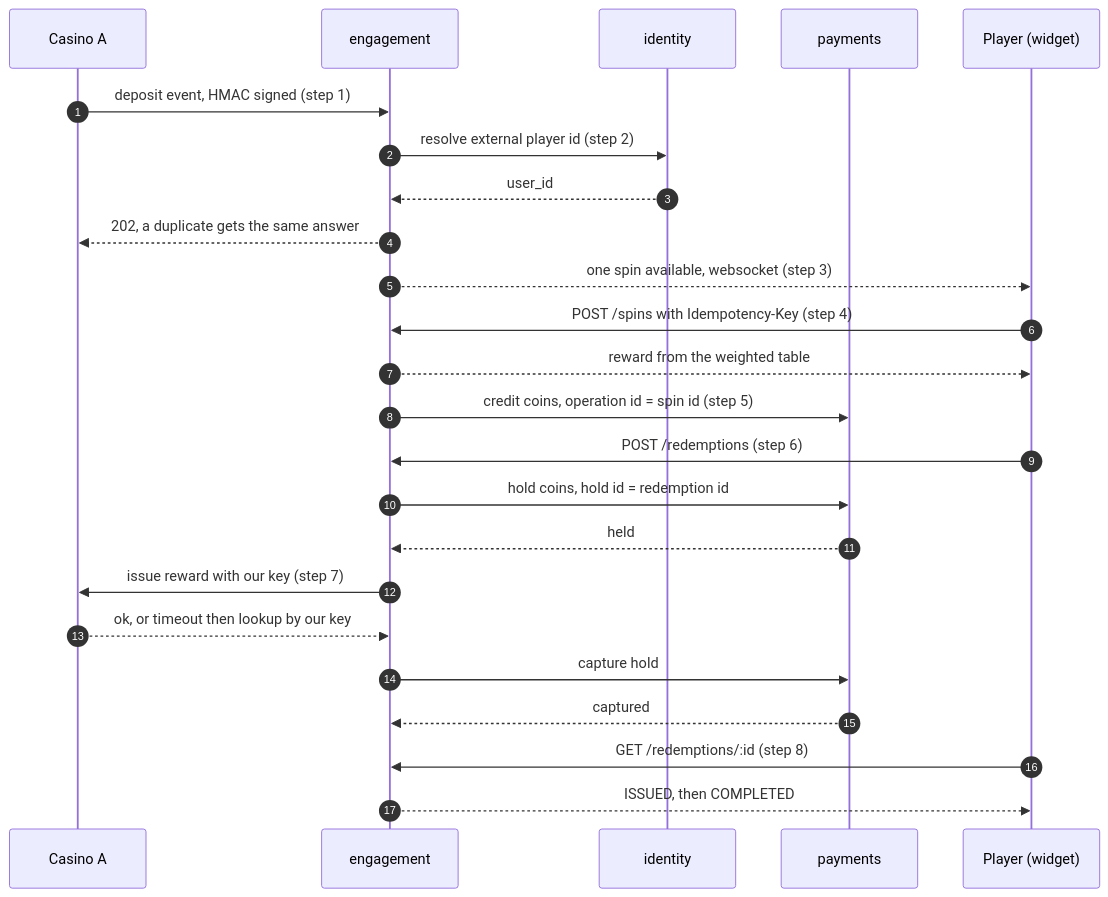
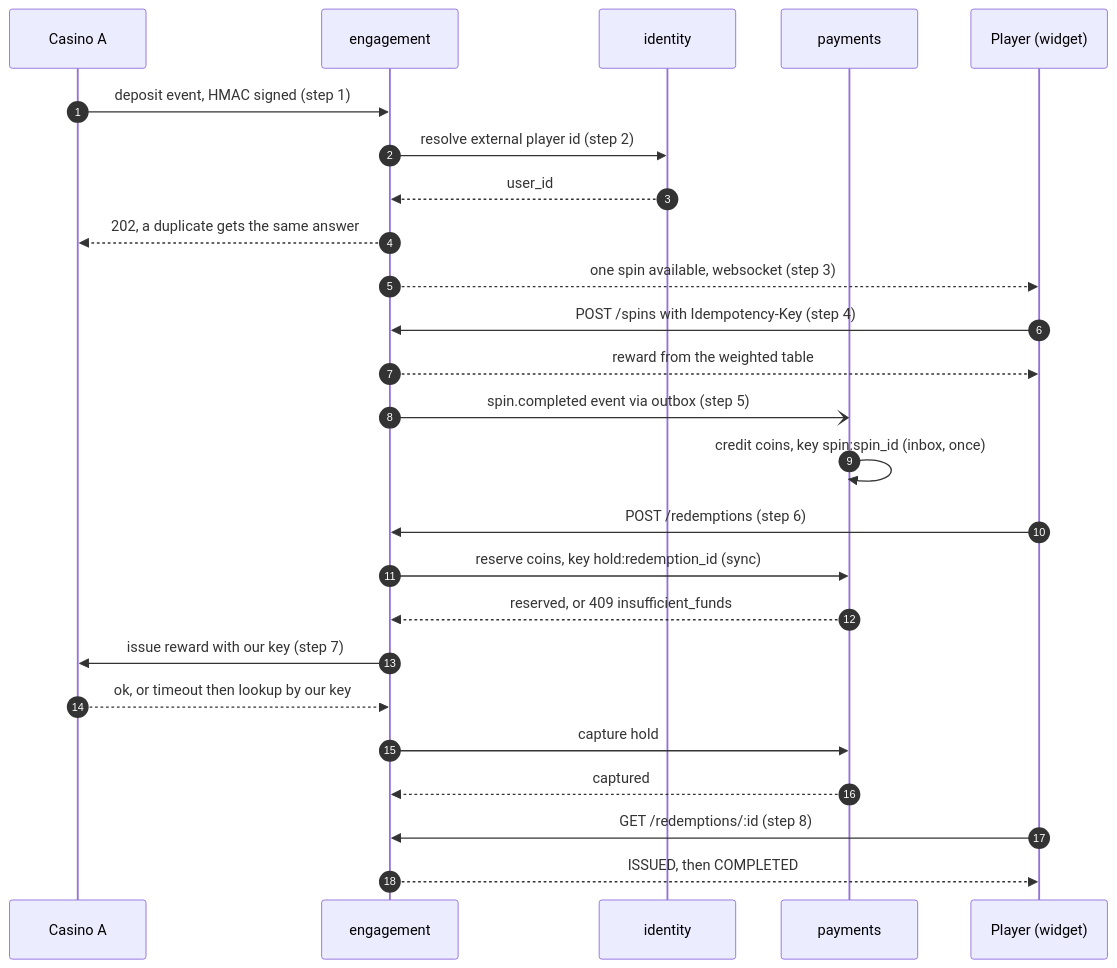
One commit to maxml/ex-mio-games changed the second of 5 diagrams in docs/architecture/README.md. Above: the diagram before and after it, drawn with Mermaid. The commit also changed other lines of this file and 26 other files, not shown here.

First line of the commit message:
docs: reconcile architecture, ADRs, Part C/D/E and README with the integrated code

````diff
--- a/docs/architecture/README.md
+++ b/docs/architecture/README.md
@@ -60,27 +62,28 @@
 ```mermaid
 sequenceDiagram
   autonumber
   participant C as Casino A
   participant E as engagement
   participant I as identity
   participant P as payments
   participant U as Player (widget)
 
   C->>E: deposit event, HMAC signed (step 1)
   E->>I: resolve external player id (step 2)
   I-->>E: user_id
   E-->>C: 202, a duplicate gets the same answer
   E-->>U: one spin available, websocket (step 3)
   U->>E: POST /spins with Idempotency-Key (step 4)
   E-->>U: reward from the weighted table
-  E->>P: credit coins, operation id = spin id (step 5)
+  E-)P: spin.completed event via outbox (step 5)
+  P->>P: credit coins, key spin:spin_id (inbox, once)
   U->>E: POST /redemptions (step 6)
-  E->>P: hold coins, hold id = redemption id
-  P-->>E: held
+  E->>P: reserve coins, key hold:redemption_id (sync)
+  P-->>E: reserved, or 409 insufficient_funds
   E->>C: issue reward with our key (step 7)
   C-->>E: ok, or timeout then lookup by our key
   E->>P: capture hold
   P-->>E: captured
   U->>E: GET /redemptions/:id (step 8)
   E-->>U: ISSUED, then COMPLETED
 ```
````
